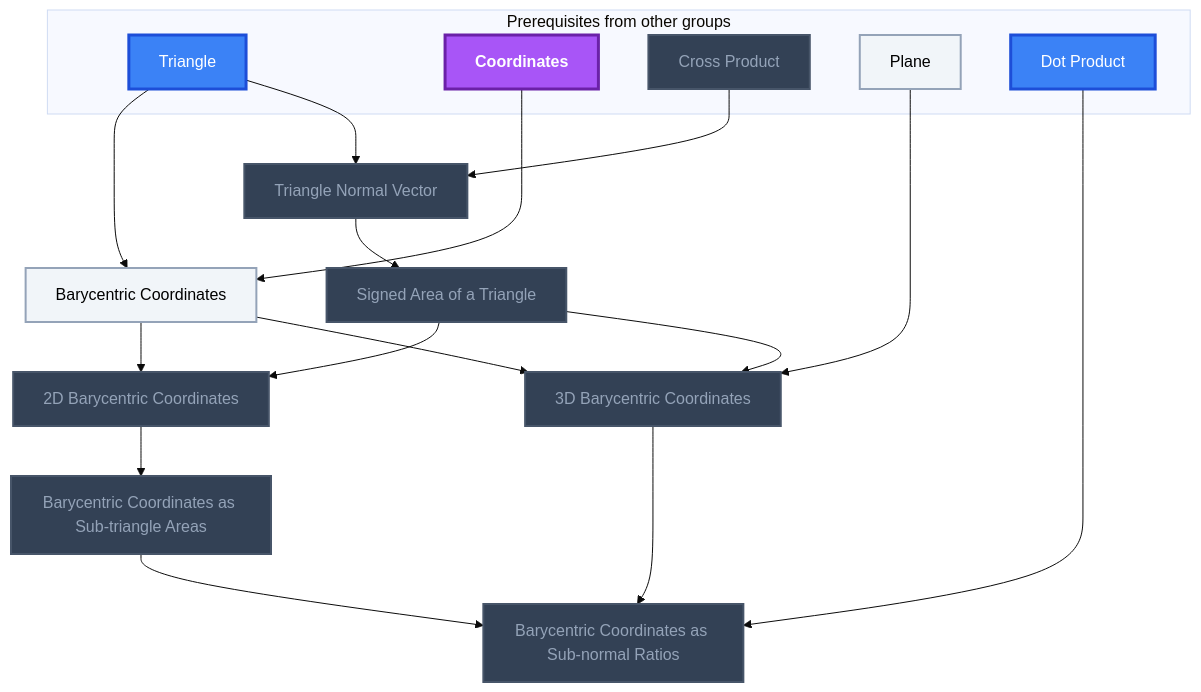
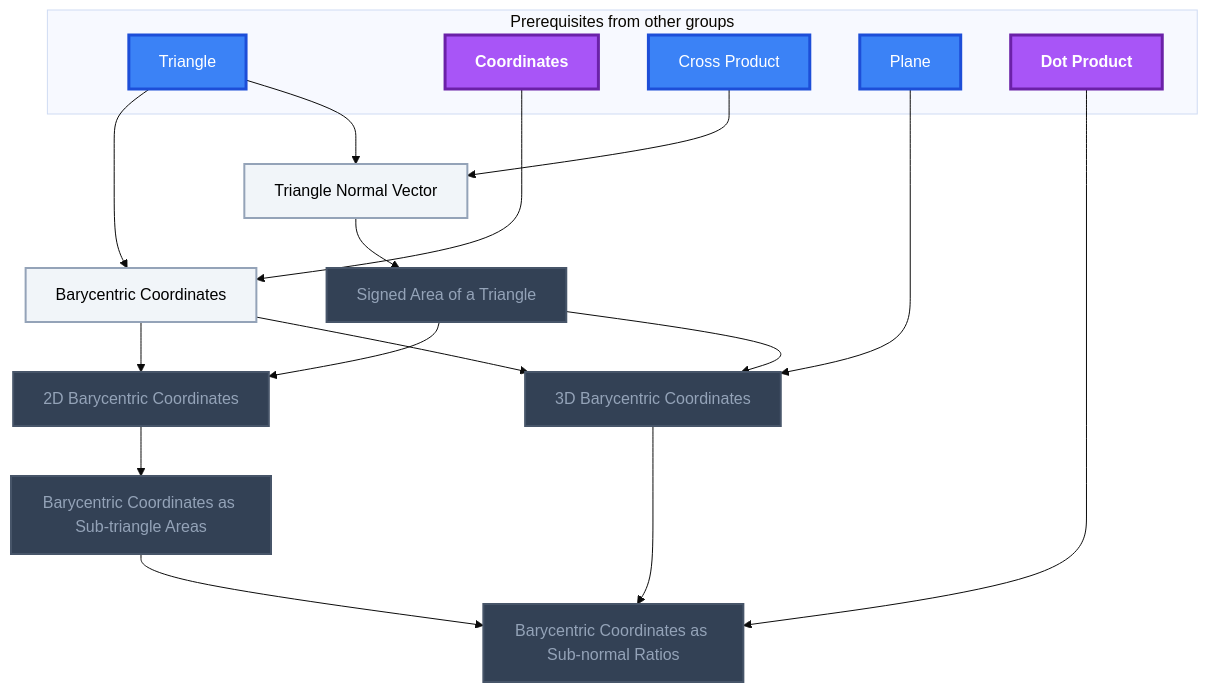
One commit to MRauf1/My-Notes changed the first of 7 diagrams in Gamification/Skill Trees/Computer Graphics.md. Above: the diagram before and after it, drawn with Mermaid (base theme). The commit also changed other lines of this file and 145 other files, not shown here.

````diff
--- a/Gamification/Skill Trees/Computer Graphics.md
+++ b/Gamification/Skill Trees/Computer Graphics.md
@@ -17,45 +17,45 @@
 ```mermaid
 flowchart TD
     classDef planned fill:#1E293B,stroke:#64748B,stroke-width:2px,stroke-dasharray:5 5,color:#94A3B8;
     classDef locked fill:#334155,stroke:#475569,stroke-width:2px,color:#94A3B8;
     classDef L0 fill:#F1F5F9,stroke:#94A3B8,stroke-width:2px,color:#000000;
     classDef L1 fill:#22C55E,stroke:#15803D,stroke-width:2px,color:#000000;
     classDef L2 fill:#3B82F6,stroke:#1D4ED8,stroke-width:3px,color:#FFFFFF;
     classDef L3 fill:#A855F7,stroke:#6B21A8,stroke-width:3px,color:#FFFFFF,font-weight:bold;
     classDef L4 fill:#F97316,stroke:#C2410C,stroke-width:4px,color:#000000,font-weight:bold;
     classDef L5 fill:#FFD700,stroke:#FF8C00,stroke-width:5px,color:#000000,font-weight:bold;
     classDef rusty stroke:#8B4513,stroke-width:4px,stroke-dasharray:3 3;
     subgraph sg_prereqs["Prerequisites from other groups"]
         n_triangle["Triangle"]
         n_coordinates["Coordinates"]
         n_cross_product["Cross Product"]
         n_plane["Plane"]
         n_dot_product["Dot Product"]
     end
     n_barycentric_coordinates["Barycentric Coordinates"]
     n_triangle_normal_vector["Triangle Normal Vector"]
     n_signed_area_of_a_triangle["Signed Area of a Triangle"]
     n_2d_barycentric_coordinates["2D Barycentric Coordinates"]
     n_barycentric_coordinates_as_sub_triangle_areas["Barycentric Coordinates as Sub-triangle Areas"]
     n_3d_barycentric_coordinates["3D Barycentric Coordinates"]
     n_barycentric_coordinates_as_sub_normal_ratios["Barycentric Coordinates as Sub-normal Ratios"]
     n_triangle --> n_barycentric_coordinates
     n_coordinates --> n_barycentric_coordinates
     n_triangle --> n_triangle_normal_vector
     n_cross_product --> n_triangle_normal_vector
     n_triangle_normal_vector --> n_signed_area_of_a_triangle
     n_barycentric_coordinates --> n_2d_barycentric_coordinates
     n_signed_area_of_a_triangle --> n_2d_barycentric_coordinates
     n_2d_barycentric_coordinates --> n_barycentric_coordinates_as_sub_triangle_areas
     n_plane --> n_3d_barycentric_coordinates
     n_barycentric_coordinates --> n_3d_barycentric_coordinates
     n_signed_area_of_a_triangle --> n_3d_barycentric_coordinates
     n_dot_product --> n_barycentric_coordinates_as_sub_normal_ratios
     n_barycentric_coordinates_as_sub_triangle_areas --> n_barycentric_coordinates_as_sub_normal_ratios
     n_3d_barycentric_coordinates --> n_barycentric_coordinates_as_sub_normal_ratios
-    class n_cross_product,n_triangle_normal_vector,n_signed_area_of_a_triangle,n_2d_barycentric_coordinates,n_barycentric_coordinates_as_sub_triangle_areas,n_3d_barycentric_coordinates,n_barycentric_coordinates_as_sub_normal_ratios locked;
-    class n_plane,n_barycentric_coordinates L0;
-    class n_triangle,n_dot_product L2;
-    class n_coordinates L3;
+    class n_signed_area_of_a_triangle,n_2d_barycentric_coordinates,n_barycentric_coordinates_as_sub_triangle_areas,n_3d_barycentric_coordinates,n_barycentric_coordinates_as_sub_normal_ratios locked;
+    class n_barycentric_coordinates,n_triangle_normal_vector L0;
+    class n_triangle,n_cross_product,n_plane L2;
+    class n_coordinates,n_dot_product L3;
     class n_triangle,n_coordinates,n_cross_product,n_plane,n_dot_product,n_barycentric_coordinates,n_triangle_normal_vector,n_signed_area_of_a_triangle,n_2d_barycentric_coordinates,n_barycentric_coordinates_as_sub_triangle_areas,n_3d_barycentric_coordinates,n_barycentric_coordinates_as_sub_normal_ratios internal-link;
 ```
````
